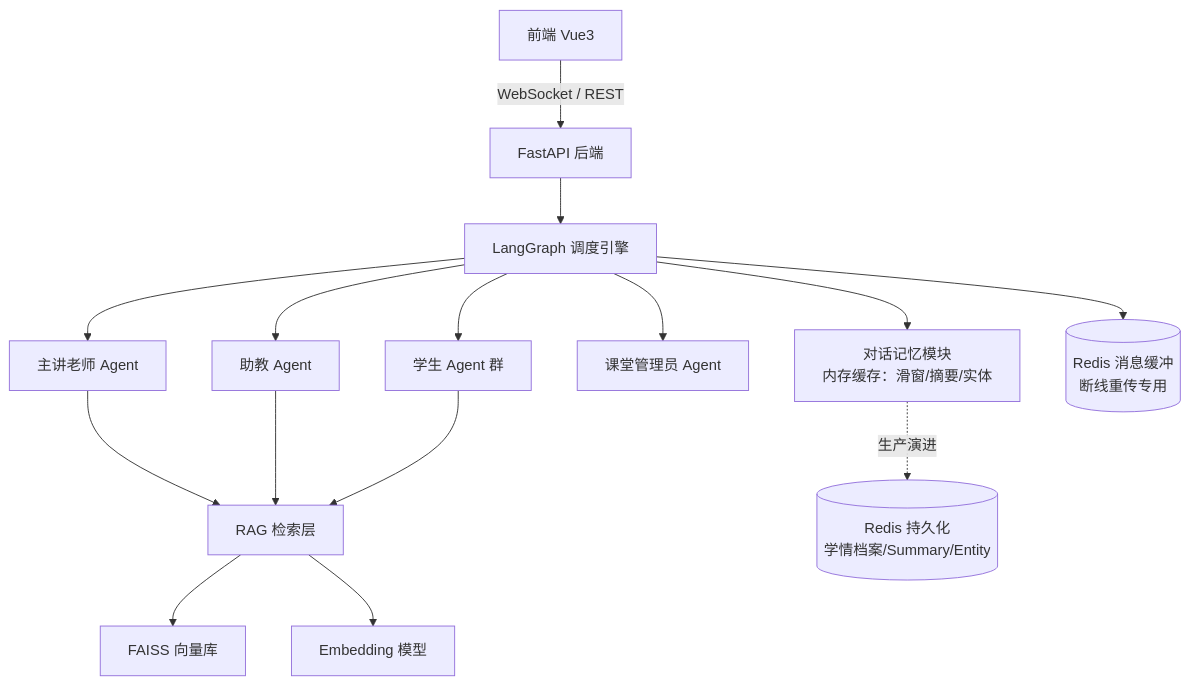
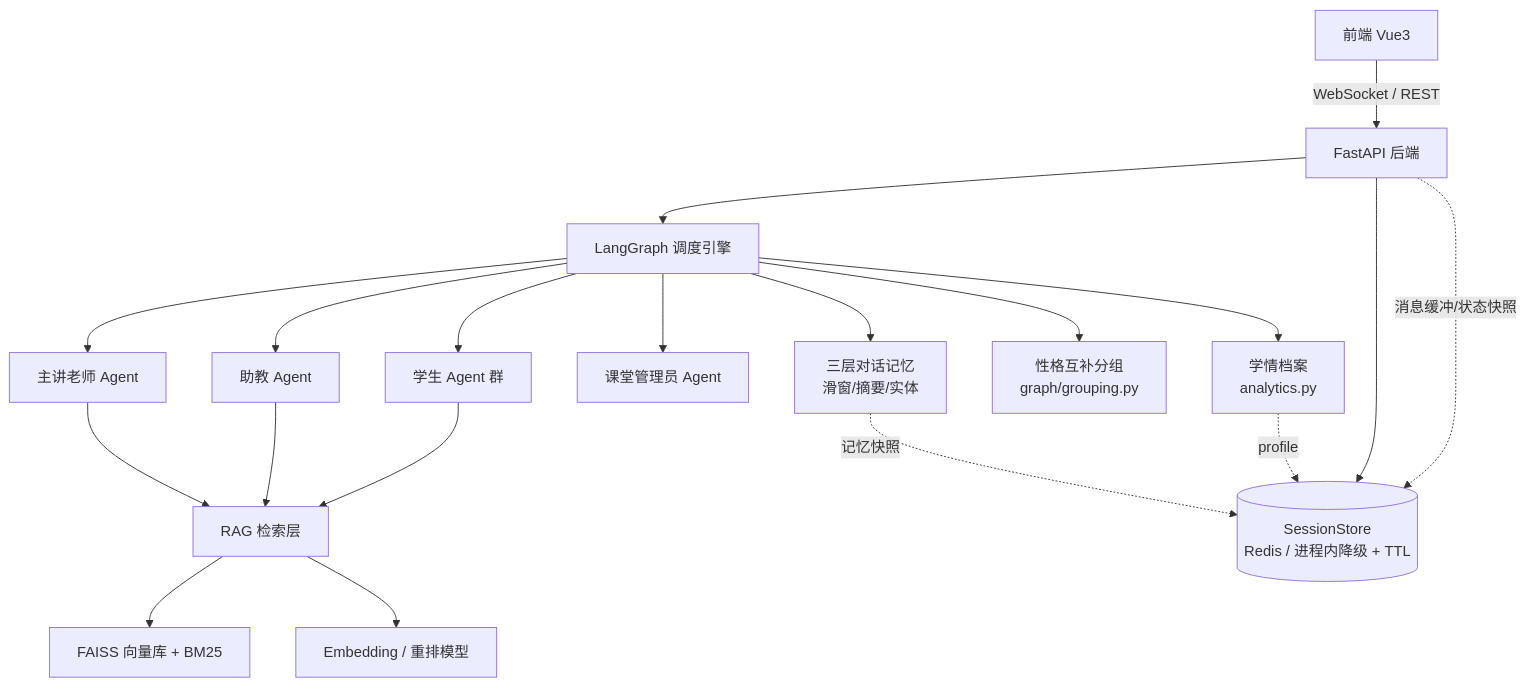
The first of 10 diagrams in AI_Classroom_多智能体互动教学课堂_项目文档.md (lz204/ai-classroom), drawn with Mermaid before and after one commit. The commit also changed other lines of this file and 1 other file, not shown here.

````diff
--- a/AI_Classroom_多智能体互动教学课堂_项目文档.md
+++ b/AI_Classroom_多智能体互动教学课堂_项目文档.md
@@ -84,17 +91,21 @@
 ```mermaid
 graph TD
     A[前端 Vue3] -->|WebSocket / REST| B[FastAPI 后端]
     B --> C[LangGraph 调度引擎]
     C --> D[主讲老师 Agent]
     C --> E[助教 Agent]
     C --> F[学生 Agent 群]
     C --> G[课堂管理员 Agent]
     D --> H[RAG 检索层]
     E --> H
     F --> H
-    H --> I[FAISS 向量库]
-    H --> J[Embedding 模型]
-    C --> K[对话记忆模块<br/>内存缓存：滑窗/摘要/实体]
-    K -.生产演进.-> L[(Redis 持久化<br/>学情档案/Summary/Entity)]
-    C --> M[(Redis 消息缓冲<br/>断线重传专用)]
+    H --> I[FAISS 向量库 + BM25]
+    H --> J[Embedding / 重排模型]
+    C --> K[三层对话记忆<br/>滑窗/摘要/实体]
+    C --> L[性格互补分组<br/>graph/grouping.py]
+    C --> M[学情档案<br/>analytics.py]
+    B --> N[(SessionStore<br/>Redis / 进程内降级 + TTL)]
+    K -.记忆快照.-> N
+    M -.profile.-> N
+    B -.消息缓冲/状态快照.-> N
 ```
````
